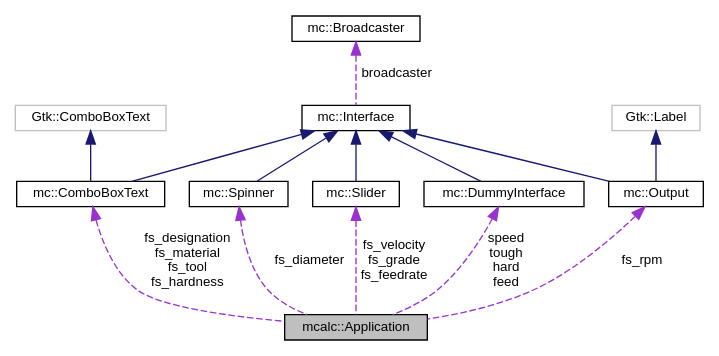
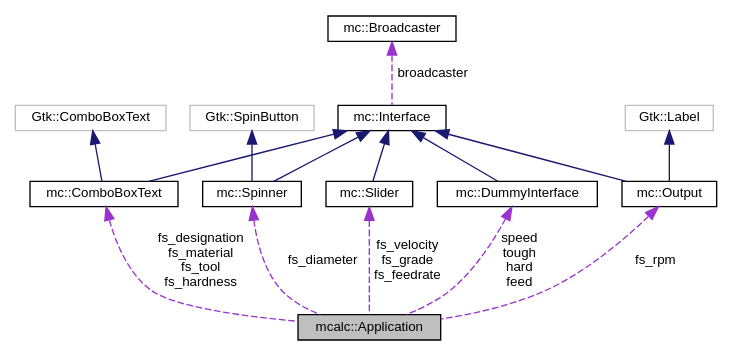
Before and after one commit to mjhouse/mcalc: the diagram in docs/classmcalc_1_1Application__coll__graph.dot, drawn with Graphviz. The commit also changed 34 other files, not shown here.

```diff
--- a/docs/classmcalc_1_1Application__coll__graph.dot
+++ b/docs/classmcalc_1_1Application__coll__graph.dot
@@ -1,28 +1,30 @@
 digraph "mcalc::Application"
 {
   edge [fontname="Helvetica",fontsize="10",labelfontname="Helvetica",labelfontsize="10"];
   node [fontname="Helvetica",fontsize="10",shape=record];
   Node1 [label="mcalc::Application",height=0.2,width=0.4,color="black", fillcolor="grey75", style="filled", fontcolor="black"];
   Node2 -> Node1 [dir="back",color="darkorchid3",fontsize="10",style="dashed",label=" fs_designation\nfs_material\nfs_tool\nfs_hardness" ,fontname="Helvetica"];
   Node2 [label="mc::ComboBoxText",height=0.2,width=0.4,color="black", fillcolor="white", style="filled",URL="$classmc_1_1ComboBoxText.html"];
   Node3 -> Node2 [dir="back",color="midnightblue",fontsize="10",style="solid",fontname="Helvetica"];
   Node3 [label="mc::Interface",height=0.2,width=0.4,color="black", fillcolor="white", style="filled",URL="$classmc_1_1Interface.html"];
   Node4 -> Node3 [dir="back",color="darkorchid3",fontsize="10",style="dashed",label=" broadcaster" ,fontname="Helvetica"];
   Node4 [label="mc::Broadcaster",height=0.2,width=0.4,color="black", fillcolor="white", style="filled",URL="$classmc_1_1Broadcaster.html"];
   Node5 -> Node2 [dir="back",color="midnightblue",fontsize="10",style="solid",fontname="Helvetica"];
   Node5 [label="Gtk::ComboBoxText",height=0.2,width=0.4,color="grey75", fillcolor="white", style="filled"];
   Node6 -> Node1 [dir="back",color="darkorchid3",fontsize="10",style="dashed",label=" fs_diameter" ,fontname="Helvetica"];
   Node6 [label="mc::Spinner",height=0.2,width=0.4,color="black", fillcolor="white", style="filled",URL="$classmc_1_1Spinner.html"];
   Node3 -> Node6 [dir="back",color="midnightblue",fontsize="10",style="solid",fontname="Helvetica"];
-  Node7 -> Node1 [dir="back",color="darkorchid3",fontsize="10",style="dashed",label=" fs_velocity\nfs_grade\nfs_feedrate" ,fontname="Helvetica"];
-  Node7 [label="mc::Slider",height=0.2,width=0.4,color="black", fillcolor="white", style="filled",URL="$classmc_1_1Slider.html"];
-  Node3 -> Node7 [dir="back",color="midnightblue",fontsize="10",style="solid",fontname="Helvetica"];
-  Node8 -> Node1 [dir="back",color="darkorchid3",fontsize="10",style="dashed",label=" speed\ntough\nhard\nfeed" ,fontname="Helvetica"];
-  Node8 [label="mc::DummyInterface",height=0.2,width=0.4,color="black", fillcolor="white", style="filled",URL="$classmc_1_1DummyInterface.html"];
+  Node7 -> Node6 [dir="back",color="midnightblue",fontsize="10",style="solid",fontname="Helvetica"];
+  Node7 [label="Gtk::SpinButton",height=0.2,width=0.4,color="grey75", fillcolor="white", style="filled"];
+  Node8 -> Node1 [dir="back",color="darkorchid3",fontsize="10",style="dashed",label=" fs_velocity\nfs_grade\nfs_feedrate" ,fontname="Helvetica"];
+  Node8 [label="mc::Slider",height=0.2,width=0.4,color="black", fillcolor="white", style="filled",URL="$classmc_1_1Slider.html"];
   Node3 -> Node8 [dir="back",color="midnightblue",fontsize="10",style="solid",fontname="Helvetica"];
-  Node9 -> Node1 [dir="back",color="darkorchid3",fontsize="10",style="dashed",label=" fs_rpm" ,fontname="Helvetica"];
-  Node9 [label="mc::Output",height=0.2,width=0.4,color="black", fillcolor="white", style="filled",URL="$classmc_1_1Output.html"];
+  Node9 -> Node1 [dir="back",color="darkorchid3",fontsize="10",style="dashed",label=" speed\ntough\nhard\nfeed" ,fontname="Helvetica"];
+  Node9 [label="mc::DummyInterface",height=0.2,width=0.4,color="black", fillcolor="white", style="filled",URL="$classmc_1_1DummyInterface.html"];
   Node3 -> Node9 [dir="back",color="midnightblue",fontsize="10",style="solid",fontname="Helvetica"];
-  Node10 -> Node9 [dir="back",color="midnightblue",fontsize="10",style="solid",fontname="Helvetica"];
-  Node10 [label="Gtk::Label",height=0.2,width=0.4,color="grey75", fillcolor="white", style="filled"];
+  Node10 -> Node1 [dir="back",color="darkorchid3",fontsize="10",style="dashed",label=" fs_rpm" ,fontname="Helvetica"];
+  Node10 [label="mc::Output",height=0.2,width=0.4,color="black", fillcolor="white", style="filled",URL="$classmc_1_1Output.html"];
+  Node3 -> Node10 [dir="back",color="midnightblue",fontsize="10",style="solid",fontname="Helvetica"];
+  Node11 -> Node10 [dir="back",color="midnightblue",fontsize="10",style="solid",fontname="Helvetica"];
+  Node11 [label="Gtk::Label",height=0.2,width=0.4,color="grey75", fillcolor="white", style="filled"];
 }
```
